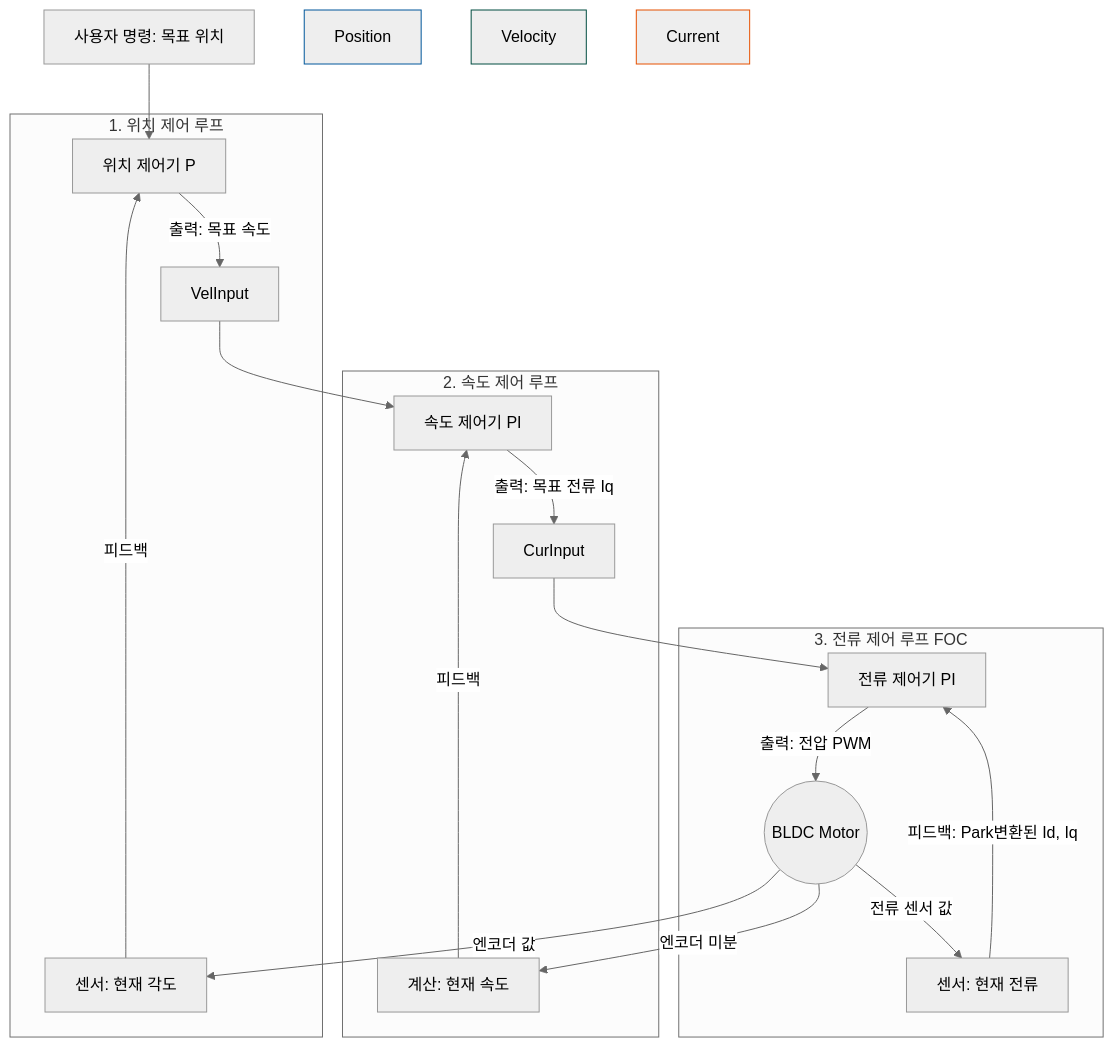
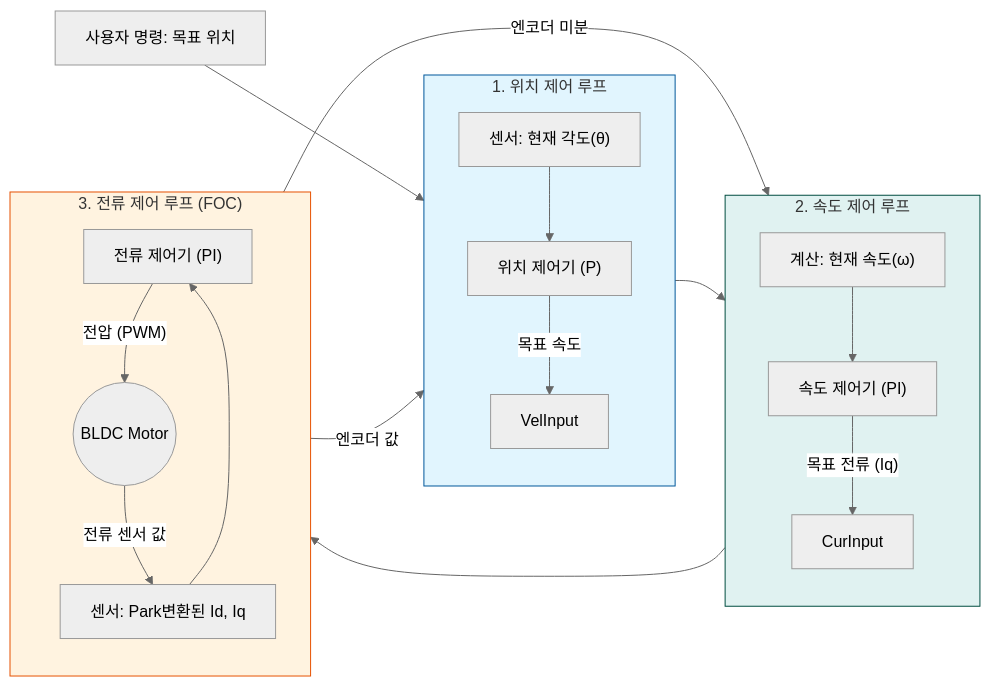
The diagram in _posts/robot/2026-01-10-bldc_motor.md (younlea/younlea.github.io), drawn with Mermaid (neutral theme) before and after one commit. The commit also changed other lines of this file, not shown here.

````diff
--- a/_posts/robot/2026-01-10-bldc_motor.md
+++ b/_posts/robot/2026-01-10-bldc_motor.md
@@ -84,31 +114,34 @@
 ```mermaid
-graph TD
-    UserCmd[사용자 명령: 목표 위치] --> PosController
+graph LR
+    UserCmd[사용자 명령: 목표 위치] --> PosCtrl
     
-    subgraph Position Loop [1. 위치 제어 루프]
-    PosController[위치 제어기 P] -->|출력: 목표 속도| VelInput
-    FeedbackPos[센서: 현재 각도] -->|피드백| PosController
+    subgraph PosLoop ["1. 위치 제어 루프"]
+        direction TB
+        PosCtrl["위치 제어기 (P)"] -->|"목표 속도"| VelInput
+        FeedbackPos["센서: 현재 각도(θ)"] --> PosCtrl
     end
     
-    VelInput --> VelController
+    VelInput --> VelCtrl
     
-    subgraph Velocity Loop [2. 속도 제어 루프]
-    VelController[속도 제어기 PI] -->|출력: 목표 전류 Iq| CurInput
-    FeedbackVel[계산: 현재 속도] -->|피드백| VelController
+    subgraph VelLoop ["2. 속도 제어 루프"]
+        direction TB
+        VelCtrl["속도 제어기 (PI)"] -->|"목표 전류 (Iq)"| CurInput
+        FeedbackVel["계산: 현재 속도(ω)"] --> VelCtrl
     end
     
-    CurInput --> CurController
+    CurInput --> CurCtrl
     
-    subgraph Current Loop [3. 전류 제어 루프 FOC]
-    CurController[전류 제어기 PI] -->|출력: 전압 PWM| Motor
-    FeedbackCur[센서: 현재 전류] -->|피드백: Park변환된 Id, Iq| CurController
+    subgraph CurLoop ["3. 전류 제어 루프 (FOC)"]
+        direction TB
+        CurCtrl["전류 제어기 (PI)"] -->|"전압 (PWM)"| Motor
+        FeedbackCur["센서: Park변환된 Id, Iq"] --> CurCtrl
     end
 
-    Motor((BLDC Motor)) -- 엔코더 값 --> FeedbackPos
+    Motor(("BLDC Motor")) -- 엔코더 값 --> FeedbackPos
     Motor -- 엔코더 미분 --> FeedbackVel
     Motor -- 전류 센서 값 --> FeedbackCur
     
-    style Position Loop fill:#e1f5fe,stroke:#01579b
-    style Velocity Loop fill:#e0f2f1,stroke:#004d40
-    style Current Loop fill:#fff3e0,stroke:#e65100
+    style PosLoop fill:#e1f5fe,stroke:#01579b
+    style VelLoop fill:#e0f2f1,stroke:#004d40
+    style CurLoop fill:#fff3e0,stroke:#e65100
 ```
````
